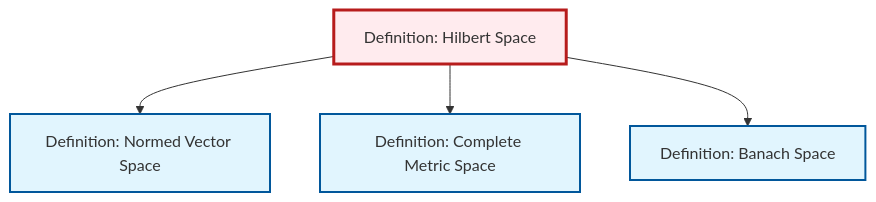
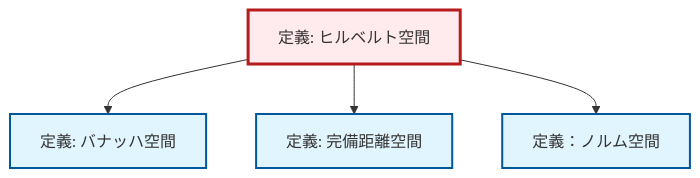
One commit to RK0429/ModernMath changed the diagram in content/ja/analysis/def-hilbert-space.qmd. Above: the diagram before and after it, drawn with Mermaid. The commit also changed 1069 other files, not shown here.

````diff
--- a/content/ja/analysis/def-hilbert-space.qmd
+++ b/content/ja/analysis/def-hilbert-space.qmd
@@ -173,20 +173,20 @@
 ```{mermaid}
 %%| fig-cap: "Local dependency graph"
 graph TD
     classDef definition fill:#e1f5fe,stroke:#01579b,stroke-width:2px
     classDef theorem fill:#f3e5f5,stroke:#4a148c,stroke-width:2px
     classDef axiom fill:#fff3e0,stroke:#e65100,stroke-width:2px
     classDef example fill:#e8f5e9,stroke:#1b5e20,stroke-width:2px
     classDef current fill:#ffebee,stroke:#b71c1c,stroke-width:3px
-    def-hilbert-space["Definition: Hilbert Space"]:::definition
-    def-normed-vector-space["Definition: Normed Vector Space"]:::definition
-    def-banach-space["Definition: Banach Space"]:::definition
-    def-complete-metric-space["Definition: Complete Metric Space"]:::definition
+    def-hilbert-space["定義: ヒルベルト空間"]:::definition
+    def-complete-metric-space["定義: 完備距離空間"]:::definition
+    def-normed-vector-space["定義：ノルム空間"]:::definition
+    def-banach-space["定義: バナッハ空間"]:::definition
+    def-hilbert-space --> def-banach-space
+    def-hilbert-space --> def-complete-metric-space
     def-hilbert-space --> def-normed-vector-space
-    def-hilbert-space --> def-complete-metric-space
-    def-hilbert-space --> def-banach-space
     class def-hilbert-space current
-    click def-normed-vector-space "def-normed-vector-space.html" "Definition: Normed Vector Spaceへ"
-    click def-banach-space "def-banach-space.html" "Definition: Banach Spaceへ"
-    click def-complete-metric-space "def-complete-metric-space.html" "Definition: Complete Metric Spaceへ"
+    click def-complete-metric-space "def-complete-metric-space.html" "完備距離空間の定義へ"
+    click def-normed-vector-space "def-normed-vector-space.html" "定義：ノルム空間へ"
+    click def-banach-space "def-banach-space.html" "バナッハ空間の定義へ"
 ```
````
